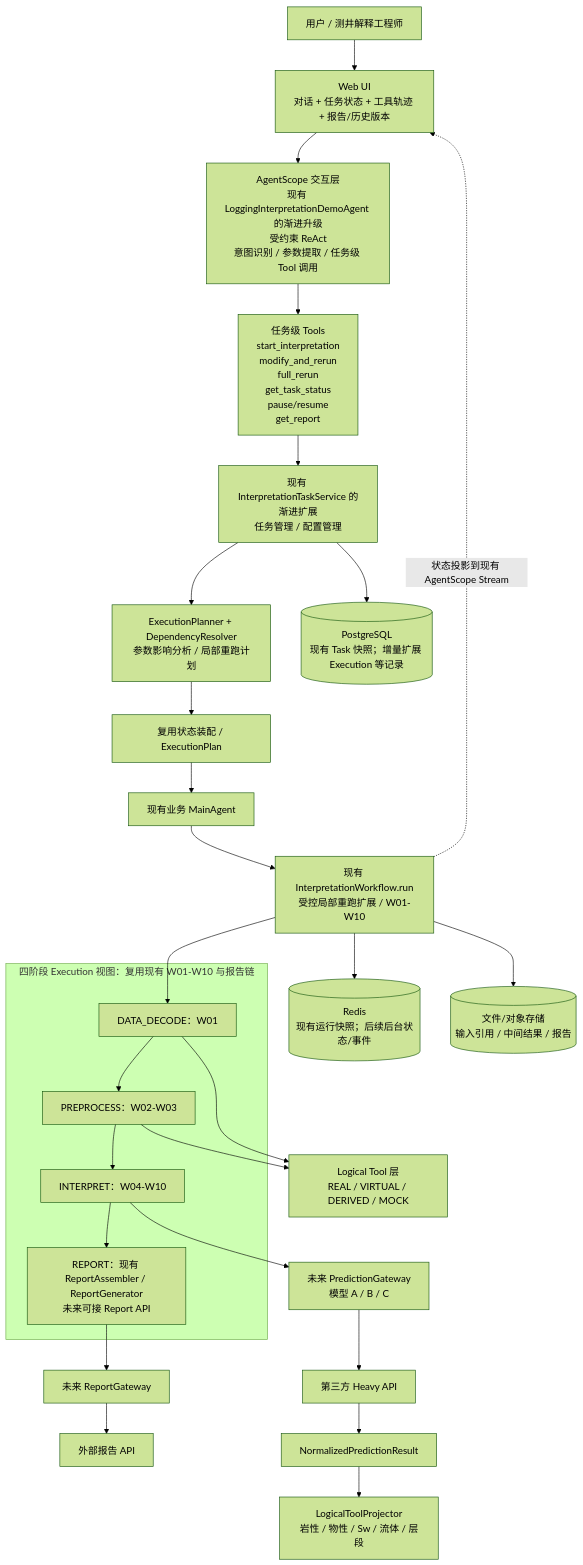
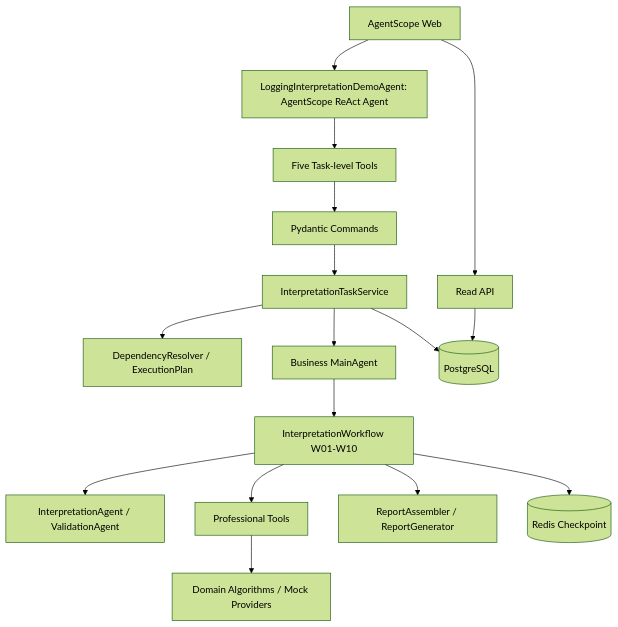
Before and after one commit to hytgithub/cnlc-agentscope: the diagram in docs/04-interactive-agent-architecture.md, drawn with Mermaid (forest theme). The commit also changed other lines of this file and 7 other files, not shown here.

Commit message:
docs: document current interactive architecture

````diff
--- a/docs/04-interactive-agent-architecture.md
+++ b/docs/04-interactive-agent-architecture.md
@@ -51,54 +11,18 @@
 ```mermaid
-flowchart TB
-    U[用户 / 测井解释工程师] --> UI[Web UI
-对话 + 任务状态 + 工具轨迹 + 报告/历史版本]
-    UI --> A[AgentScope 交互层
-现有 LoggingInterpretationDemoAgent 的渐进升级
-受约束 ReAct
-意图识别 / 参数提取 / 任务级 Tool 调用]
-    A --> AT[任务级 Tools
-start_interpretation
-modify_and_rerun
-full_rerun
-get_task_status
-pause/resume
-get_report]
-    AT --> TS[现有 InterpretationTaskService 的渐进扩展
-任务管理 / 配置管理]
-    TS --> EP[ExecutionPlanner + DependencyResolver
-参数影响分析 / 局部重跑计划]
-    EP --> SA[复用状态装配 / ExecutionPlan]
-    SA --> BM[现有业务 MainAgent]
-    BM --> WR[现有 InterpretationWorkflow.run
-受控局部重跑扩展 / W01-W10]
-
-    subgraph WF[四阶段 Execution 视图：复用现有 W01-W10 与报告链]
-      D[DATA_DECODE：W01]
-      P[PREPROCESS：W02-W03]
-      I[INTERPRET：W04-W10]
-      R[REPORT：现有 ReportAssembler / ReportGenerator
-未来可接 Report API]
-      D --> P --> I --> R
-    end
-
-    WR --> D
-    D --> LT[Logical Tool 层
-REAL / VIRTUAL / DERIVED / MOCK]
-    P --> LT
-    I --> PG[未来 PredictionGateway
-模型 A / B / C]
-    PG --> HAPI[第三方 Heavy API]
-    HAPI --> N[NormalizedPredictionResult]
-    N --> VP[LogicalToolProjector
-岩性 / 物性 / Sw / 流体 / 层段]
-    R --> RG[未来 ReportGateway]
-    RG --> RAPI[外部报告 API]
-
-    TS --> DB[(PostgreSQL
-现有 Task 快照；增量扩展 Execution 等记录)]
-    WR --> REDIS[(Redis
-现有运行快照；后续后台状态/事件)]
-    WR --> FS[(文件/对象存储
-输入引用 / 中间结果 / 报告)]
-    WR -. 状态投影到现有 AgentScope Stream .-> UI
+flowchart TD
+    UI[AgentScope Web] --> AS[LoggingInterpretationDemoAgent: AgentScope ReAct Agent]
+    AS --> TT[Five Task-level Tools]
+    TT --> CMD[Pydantic Commands]
+    CMD --> SVC[InterpretationTaskService]
+    SVC --> PLAN[DependencyResolver / ExecutionPlan]
+    SVC --> BM[Business MainAgent]
+    BM --> WF[InterpretationWorkflow W01-W10]
+    WF --> PA[InterpretationAgent / ValidationAgent]
+    WF --> PT[Professional Tools]
+    PT --> ALG[Domain Algorithms / Mock Providers]
+    WF --> REP[ReportAssembler / ReportGenerator]
+    SVC --> PG[(PostgreSQL)]
+    WF --> RS[(Redis Checkpoint)]
+    UI --> API[Read API]
+    API --> PG
 ```
````
